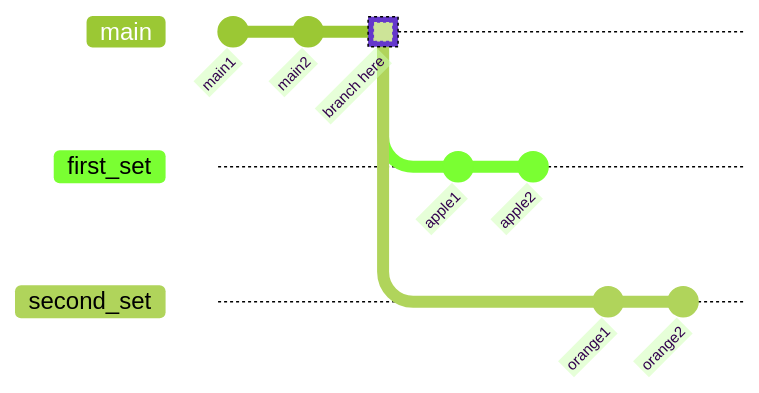
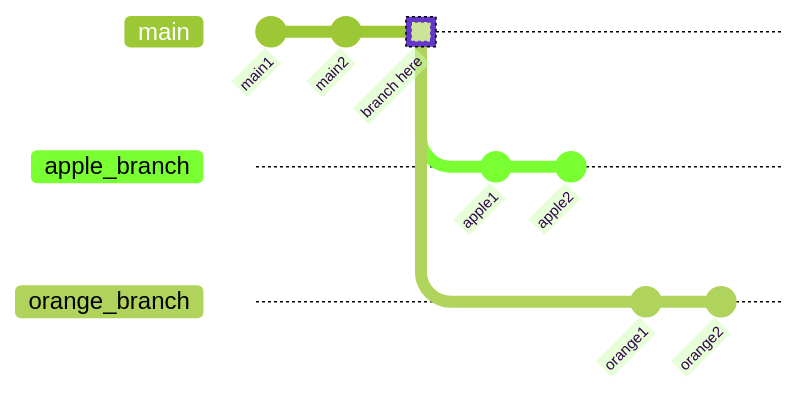
Before and after one commit to howisonlab/open_source_software_course: the first of 3 diagrams in quarto_course/skills/git_cherrypick_split_pr.qmd, drawn with Mermaid (forest theme). The commit also changed other lines of this file and 3 other files, not shown here.

````diff
--- a/quarto_course/skills/git_cherrypick_split_pr.qmd
+++ b/quarto_course/skills/git_cherrypick_split_pr.qmd
@@ -25,13 +33,13 @@
 ```{mermaid}
 gitGraph
   commit id: "main1"
   commit id: "main2"
   commit id: "branch here" type: HIGHLIGHT
-  branch first_set
+  branch apple_branch
   commit id: "apple1"
   commit id: "apple2"
   checkout main
-  branch second_set
+  branch orange_branch
   commit id: "orange1"
   commit id: "orange2"
 ```
````
